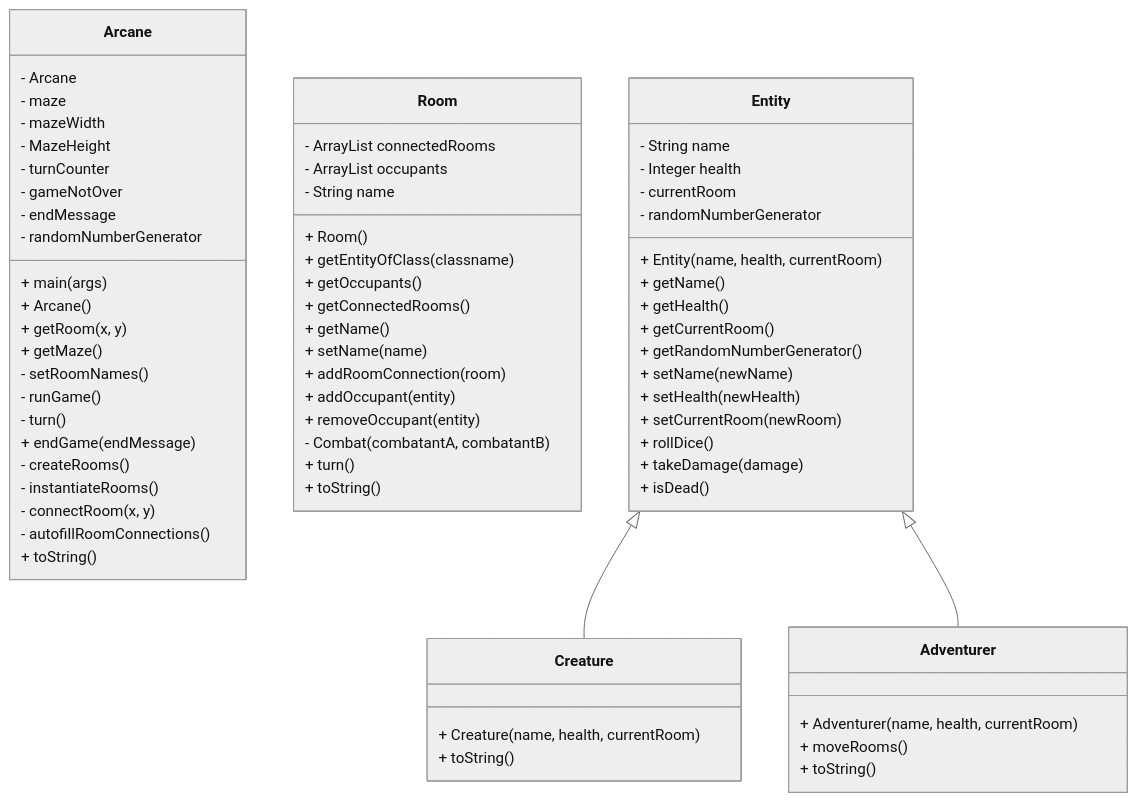
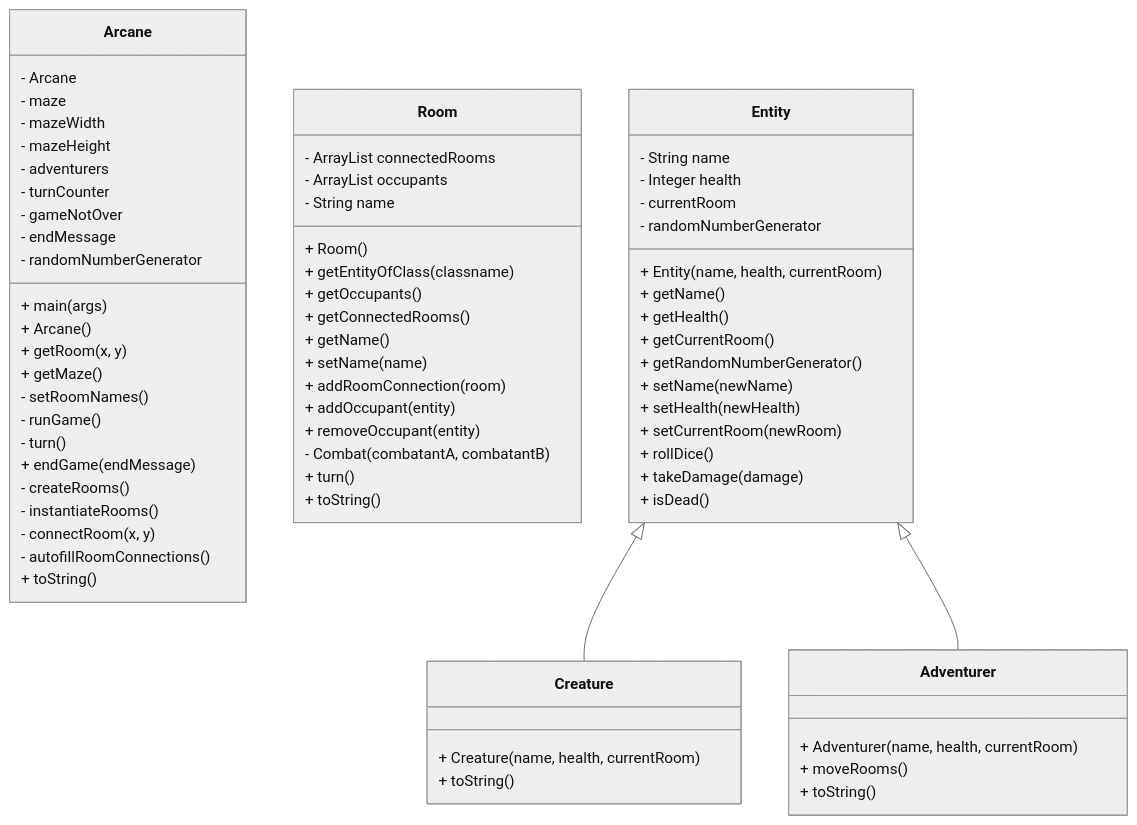
The diagram in README.md (jonathancsci/csci4448-arcane-game), drawn with Mermaid (neutral theme) before and after one commit. The commit also changed 3 other files, not shown here.

````diff
--- a/README.md
+++ b/README.md
@@ -11,71 +11,72 @@
 ```mermaid
 classDiagram
     class Arcane {
         - Arcane
         - maze
         - mazeWidth
-        - MazeHeight
+        - mazeHeight
+        - adventurers
         - turnCounter
         - gameNotOver
         - endMessage
         - randomNumberGenerator
         + main(args)
         + Arcane()
         + getRoom(x, y)
         + getMaze()
         - setRoomNames()
         - runGame()
         - turn()
         + endGame(endMessage)
         - createRooms()
         - instantiateRooms()
         - connectRoom(x, y)
         - autofillRoomConnections()
         + toString()
     }
     class Room {
         - ArrayList<Room> connectedRooms
         - ArrayList<Entity> occupants
         - String name
         + Room()
         + getEntityOfClass(classname)
         + getOccupants()
         + getConnectedRooms()
         + getName()
         + setName(name)
         + addRoomConnection(room)
         + addOccupant(entity)
         + removeOccupant(entity)
         - Combat(combatantA, combatantB)
         + turn()
         + toString()
     }
     class Entity {
         - String name
         - Integer health
         - currentRoom
         - randomNumberGenerator
         + Entity(name, health, currentRoom)
         + getName()
         + getHealth()
         + getCurrentRoom()
         + getRandomNumberGenerator()
         + setName(newName)
         + setHealth(newHealth)
         + setCurrentRoom(newRoom)
         + rollDice()
         + takeDamage(damage)
         + isDead()
     }
     class Adventurer {
         + Adventurer(name, health, currentRoom)
         + moveRooms()
         + toString()
     }
     class Creature {
         + Creature(name, health, currentRoom)
         + toString()
     }
     Entity <|-- Creature
     Entity <|-- Adventurer
 ```
````
